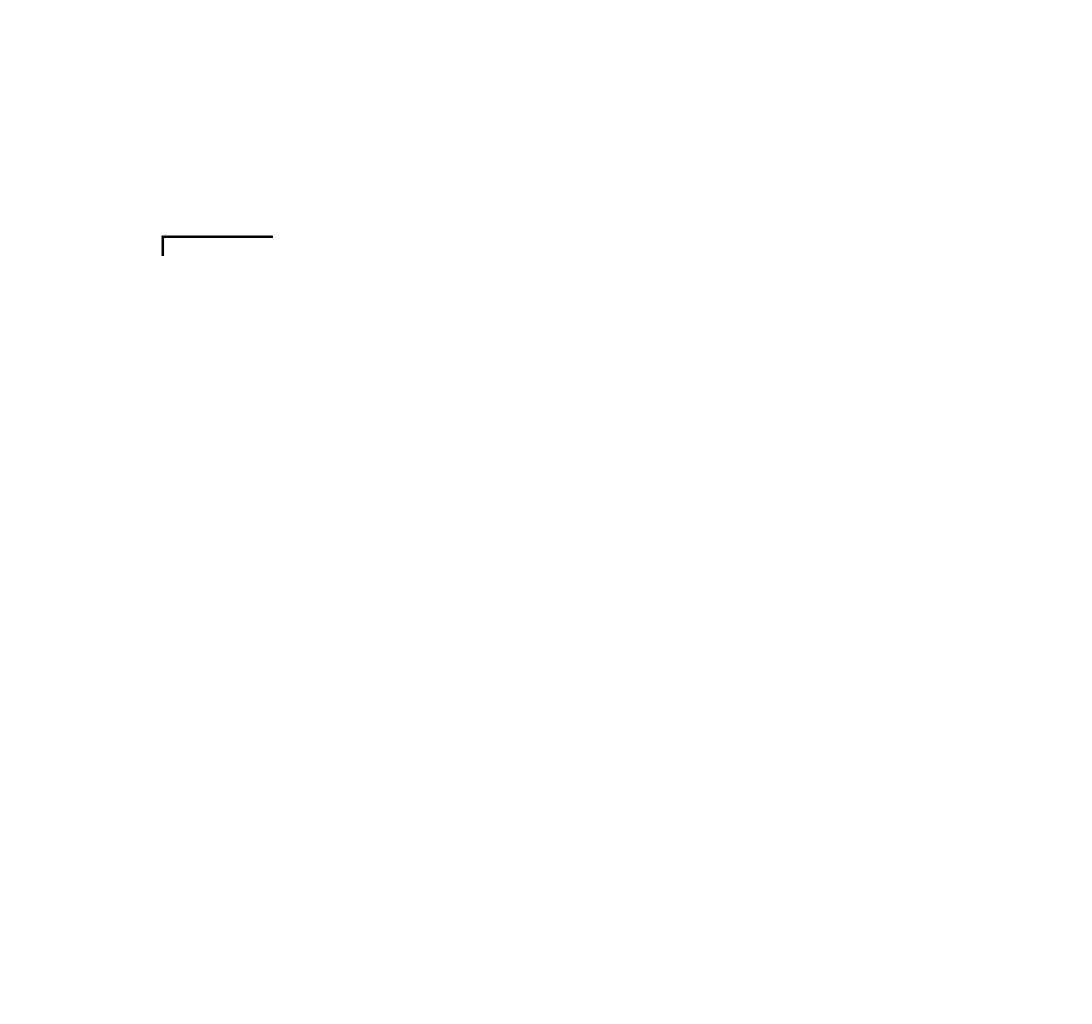
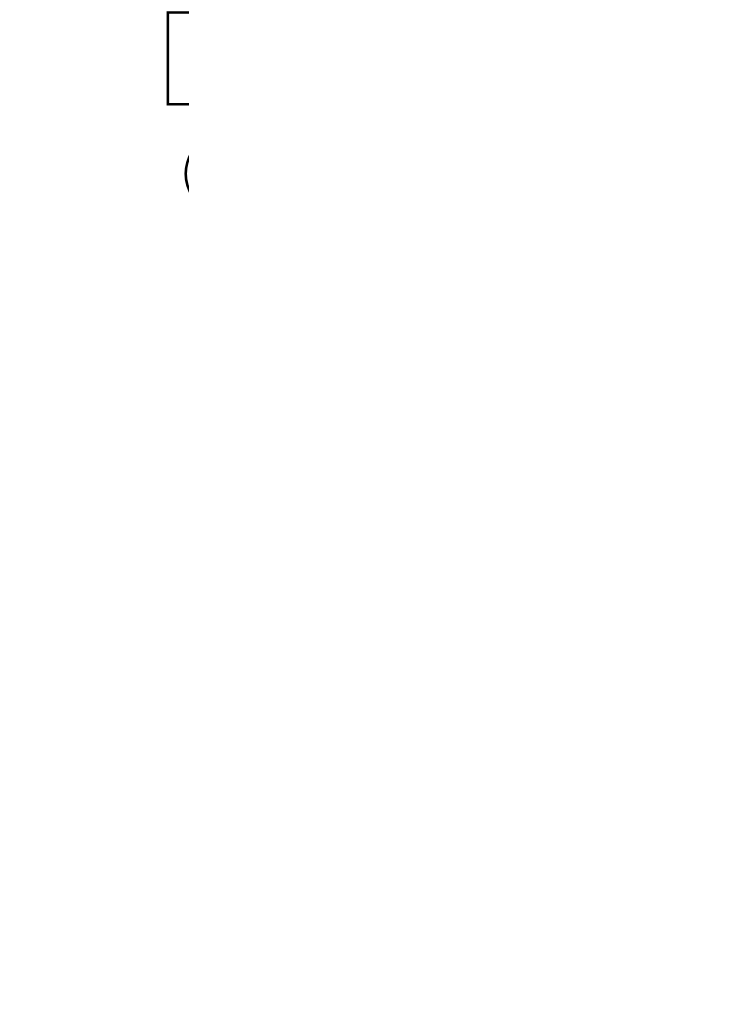
Before and after one commit to bernilsson/5dv020: the diagram in report-2/gcom.dot, drawn with Graphviz. The commit also changed 2 other files, not shown here.

```diff
--- a/report-2/gcom.dot
+++ b/report-2/gcom.dot
@@ -1,23 +1,21 @@
  digraph G {
         graph [ dpi = 300 ]; 
  	APPLICATION [shape=record, label = "Application layer"]
- 	COMU        [shape=record, label = "Communicator"]
  	GROUP       [shape=record, label = "Group Module"];
 	ORDER       [shape=record, label = "{Ordering Module | {FIFO \| Causal \| Total \| CausalTotal}}"];
 	COM         [shape=record, label = "{Communication Module|{Reliable \| Unreliable}}"];
 	TRANSPORT   [shape=record, label = "Transport Module"];
  	 
-	GROUP -> COMU
- 	COMU -> GROUP
- 	 
- 	APPLICATION -> COMU  [label = " sendToAll     "]
- 	COMU -> ORDER        [label = " sendToAll     "]
+	
+ 	APPLICATION -> GROUP [label = " sendToAll     "]
+ 	GROUP -> ORDER       [label = " sendToAll     "]
  	ORDER -> COM         [label = " sendToAll     "]
  	COM -> TRANSPORT     [label = " sendToHost     "]
  	
- 	ORDER  -> APPLICATION [label = " Receive callback" ]
+ 	GROUP -> APPLICATION  [label = " Receive callback" ]
+ 	ORDER  -> GROUP       [label = " Receive callback" ]
  	COM -> ORDER          [label = " Receive callback" ]
 	TRANSPORT -> COM      [label = " Receive callback" ]
 
 	
  }
```
